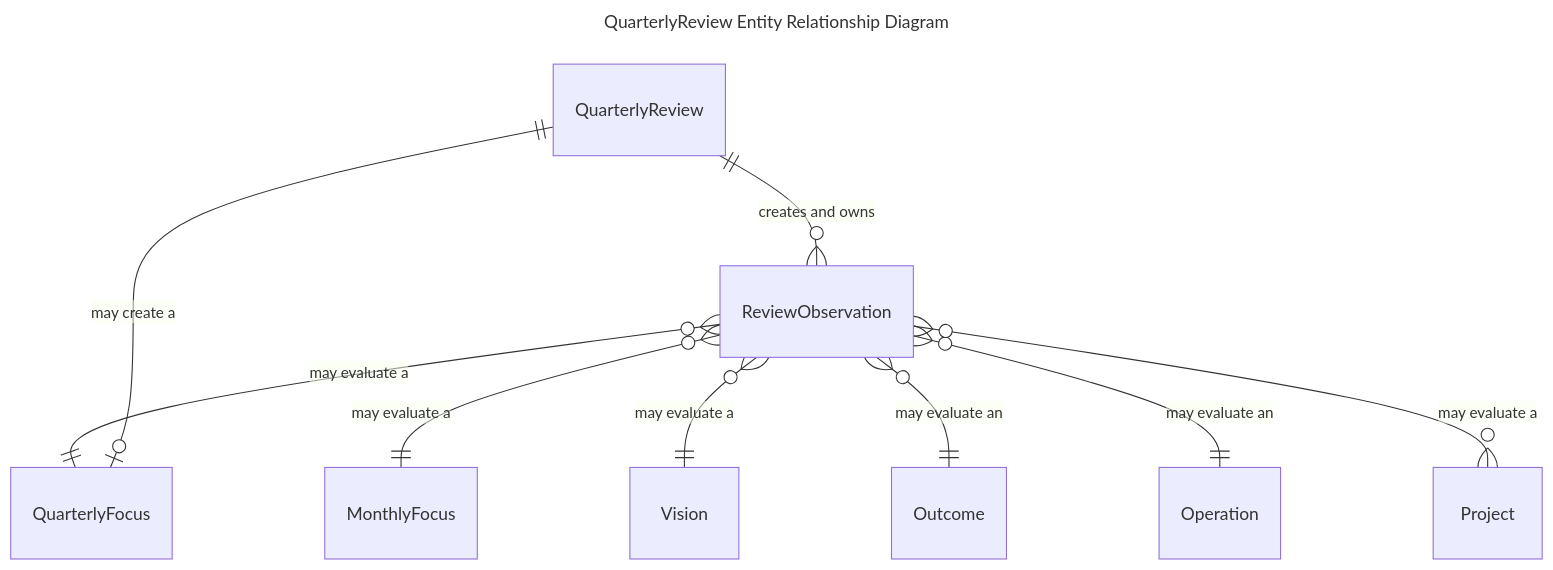
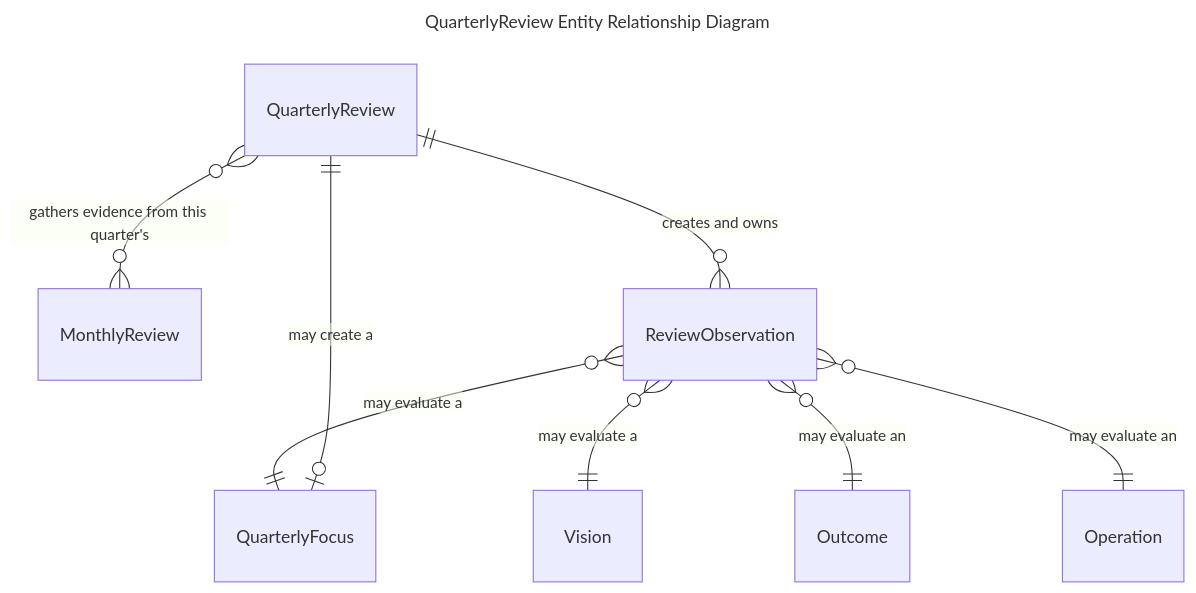
One commit to osgrouch/olos changed the ninth of 9 diagrams in design-docs/02-entity-relationship-diagrams.md. Above: the diagram before and after it, drawn with Mermaid. The commit also changed other lines of this file and 3 other files, not shown here.

Commit message:
Refining ubiq lang and mermaid diagrams

````diff
--- a/design-docs/02-entity-relationship-diagrams.md
+++ b/design-docs/02-entity-relationship-diagrams.md
@@ -192,18 +213,17 @@
 ``` mermaid
 ---
 title: QuarterlyReview Entity Relationship Diagram
 ---
 erDiagram
   direction TB
 
+  QuarterlyReview }o--o{ MonthlyReview : "gathers evidence from this quarter's"
   QuarterlyReview ||--o{ ReviewObservation : "creates and owns"
 
   ReviewObservation }o--|| QuarterlyFocus : "may evaluate a"
-  ReviewObservation }o--|| MonthlyFocus : "may evaluate a"
   ReviewObservation }o--|| Vision : "may evaluate a"
   ReviewObservation }o--|| Outcome : "may evaluate an"
   ReviewObservation }o--|| Operation : "may evaluate an"
-  ReviewObservation }o--o{ Project : "may evaluate a"
 
   QuarterlyReview ||--o| QuarterlyFocus : "may create a"
 ```
````
